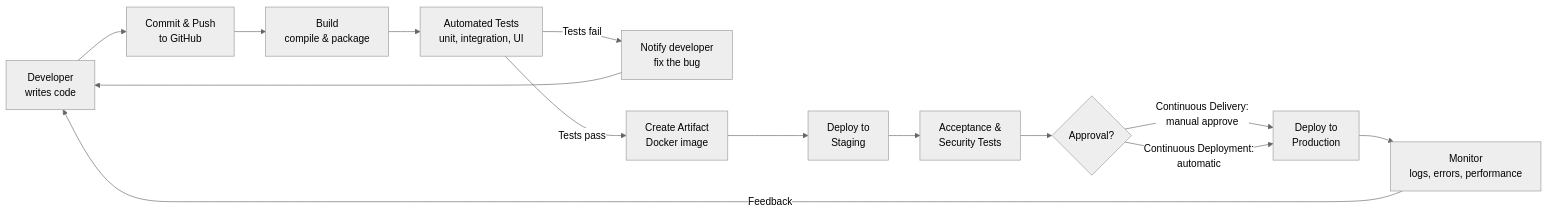
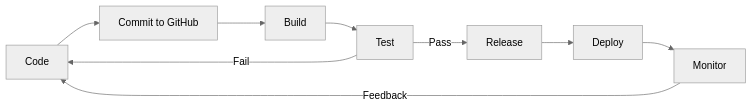
One commit to bhoomikass-ui/SEA-UNIT-5-LA changed the diagram in contributions/NB25CSE113-GSKoushik.md. Above: the diagram before and after it, drawn with Mermaid (neutral theme). The commit also changed other lines of this file, not shown here.

````diff
--- a/contributions/NB25CSE113-GSKoushik.md
+++ b/contributions/NB25CSE113-GSKoushik.md
@@ -61,16 +77,11 @@
 ```mermaid
 flowchart LR
-    A[Developer<br/>writes code] --> B[Commit & Push<br/>to GitHub]
-    B --> C[Build<br/>compile & package]
-    C --> D[Automated Tests<br/>unit, integration, UI]
-    D -->|Tests fail| X[Notify developer<br/>fix the bug]
-    X --> A
-    D -->|Tests pass| E[Create Artifact<br/>Docker image]
-    E --> F[Deploy to<br/>Staging]
-    F --> G[Acceptance &<br/>Security Tests]
-    G --> H{Approval?}
-    H -->|Continuous Delivery:<br/>manual approve| I[Deploy to<br/>Production]
-    H -->|Continuous Deployment:<br/>automatic| I
-    I --> J[Monitor<br/>logs, errors, performance]
-    J -->|Feedback| A
+    A[Code] --> B[Commit to GitHub]
+    B --> C[Build]
+    C --> D[Test]
+    D -- Fail --> A
+    D -- Pass --> E[Release]
+    E --> F[Deploy]
+    F --> G[Monitor]
+    G -- Feedback --> A
 ```
````
